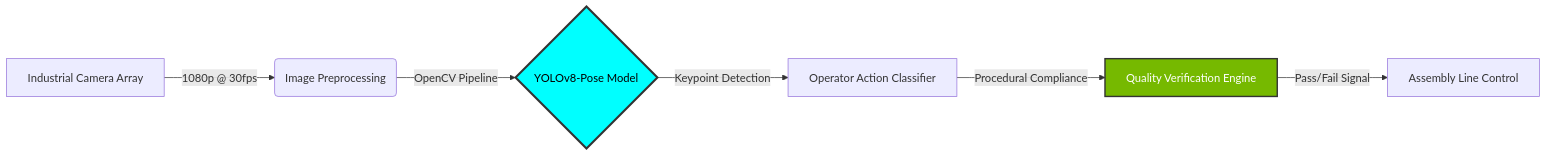
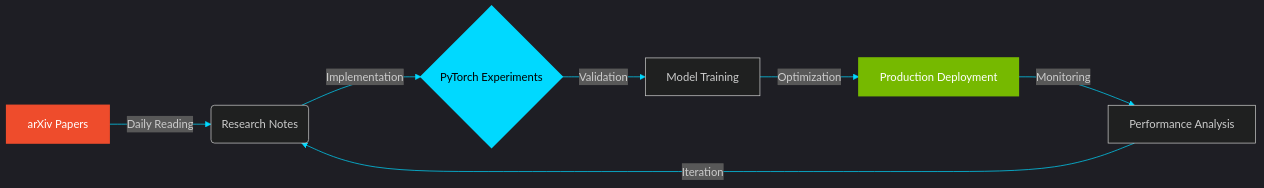
Before and after one commit to siracgezgin/siracgezgin: the diagram in README.md, drawn with Mermaid. The commit also changed other lines of this file, not shown here.

````diff
--- a/README.md
+++ b/README.md
@@ -122,11 +49,14 @@
 ```mermaid
+%%{init: {'theme':'dark', 'themeVariables': { 'darkMode':'true', 'background':'#0D1117', 'primaryColor':'#00D9FF', 'primaryTextColor':'#fff', 'primaryBorderColor':'#00D9FF', 'lineColor':'#00D9FF', 'secondaryColor':'#161B22', 'tertiaryColor':'#0D1117'}}}%%
 graph LR
-    A[Industrial Camera Array] -->|1080p @ 30fps| B(Image Preprocessing)
-    B -->|OpenCV Pipeline| C{YOLOv8-Pose Model}
-    C -->|Keypoint Detection| D[Operator Action Classifier]
-    D -->|Procedural Compliance| E[Quality Verification Engine]
-    E -->|Pass/Fail Signal| F[Assembly Line Control]
+    A[arXiv Papers] -->|Daily Reading| B(Research Notes)
+    B -->|Implementation| C{PyTorch Experiments}
+    C -->|Validation| D[Model Training]
+    D -->|Optimization| E[Production Deployment]
+    E -->|Monitoring| F[Performance Analysis]
+    F -->|Iteration| B
     
-    style C fill:#00FFFF,stroke:#333,stroke-width:3px,color:#000
-    style E fill:#76B900,stroke:#333,stroke-width:2px,color:#fff
+    style C fill:#00D9FF,stroke:#00D9FF,stroke-width:3px,color:#000
+    style E fill:#76B900,stroke:#76B900,stroke-width:2px,color:#fff
+    style A fill:#EE4C2C,stroke:#EE4C2C,stroke-width:2px,color:#fff
 ```
````
